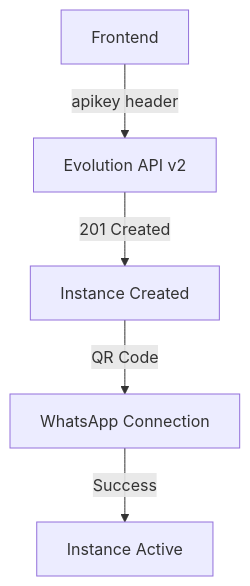
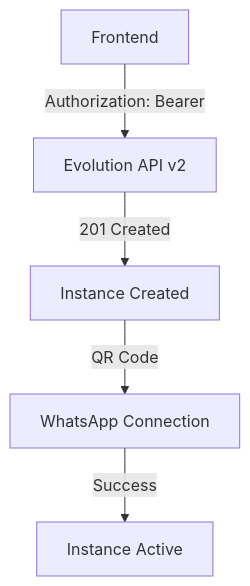
Before and after one commit to jhonygeni/SaaSAgent: the diagram in EVOLUTION-API-V2-FIXED-COMPLETE.md, drawn with Mermaid. The commit also changed other lines of this file and 16 other files, not shown here.

````diff
--- a/EVOLUTION-API-V2-FIXED-COMPLETE.md
+++ b/EVOLUTION-API-V2-FIXED-COMPLETE.md
@@ -79,7 +78,7 @@
 ```mermaid
 graph TD
-    A[Frontend] -->|apikey header| B[Evolution API v2]
+    A[Frontend] -->|Authorization: Bearer| B[Evolution API v2]
     B -->|201 Created| C[Instance Created]
     C -->|QR Code| D[WhatsApp Connection]
     D -->|Success| E[Instance Active]
 ```
````
